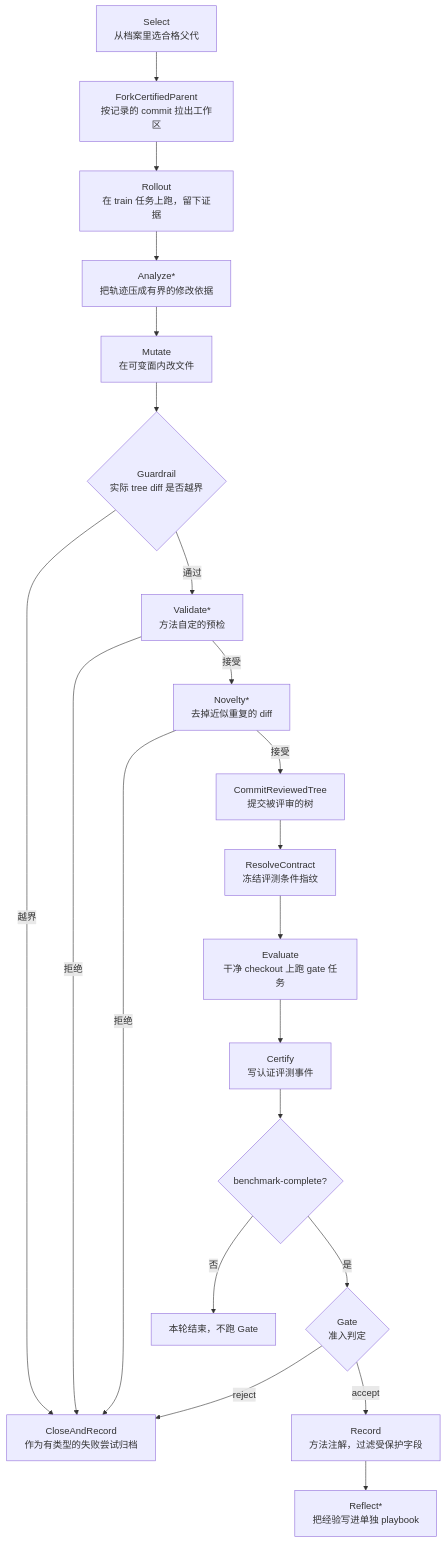
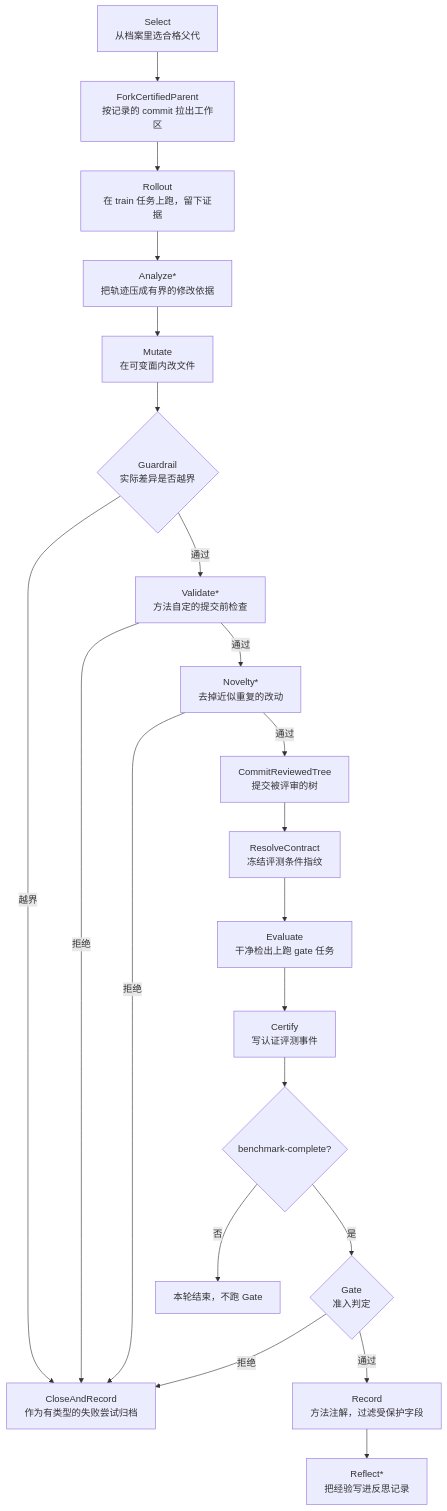
The diagram in notes/wang2026-rsi-hub.md (btroops/paper-reading), drawn with Mermaid before and after one commit. The commit also changed other lines of this file and 1 other file, not shown here.

````diff
--- a/notes/wang2026-rsi-hub.md
+++ b/notes/wang2026-rsi-hub.md
@@ -100,23 +106,23 @@
 ```mermaid
 flowchart TD
     A["Select<br/>从档案里选合格父代"] --> B["ForkCertifiedParent<br/>按记录的 commit 拉出工作区"]
     B --> C["Rollout<br/>在 train 任务上跑，留下证据"]
     C --> D["Analyze*<br/>把轨迹压成有界的修改依据"]
     D --> E["Mutate<br/>在可变面内改文件"]
-    E --> F{"Guardrail<br/>实际 tree diff 是否越界"}
+    E --> F{"Guardrail<br/>实际差异是否越界"}
     F -->|越界| X["CloseAndRecord<br/>作为有类型的失败尝试归档"]
-    F -->|通过| G["Validate*<br/>方法自定的预检"]
+    F -->|通过| G["Validate*<br/>方法自定的提交前检查"]
     G -->|拒绝| X
-    G -->|接受| H["Novelty*<br/>去掉近似重复的 diff"]
+    G -->|通过| H["Novelty*<br/>去掉近似重复的改动"]
     H -->|拒绝| X
-    H -->|接受| I["CommitReviewedTree<br/>提交被评审的树"]
+    H -->|通过| I["CommitReviewedTree<br/>提交被评审的树"]
     I --> J["ResolveContract<br/>冻结评测条件指纹"]
-    J --> K["Evaluate<br/>干净 checkout 上跑 gate 任务"]
+    J --> K["Evaluate<br/>干净检出上跑 gate 任务"]
     K --> L["Certify<br/>写认证评测事件"]
     L --> M{"benchmark-complete?"}
     M -->|否| N["本轮结束，不跑 Gate"]
     M -->|是| O{"Gate<br/>准入判定"}
-    O -->|reject| X
-    O -->|accept| P["Record<br/>方法注解，过滤受保护字段"]
-    P --> Q["Reflect*<br/>把经验写进单独 playbook"]
+    O -->|拒绝| X
+    O -->|通过| P["Record<br/>方法注解，过滤受保护字段"]
+    P --> Q["Reflect*<br/>把经验写进反思记录"]
 ```
````
